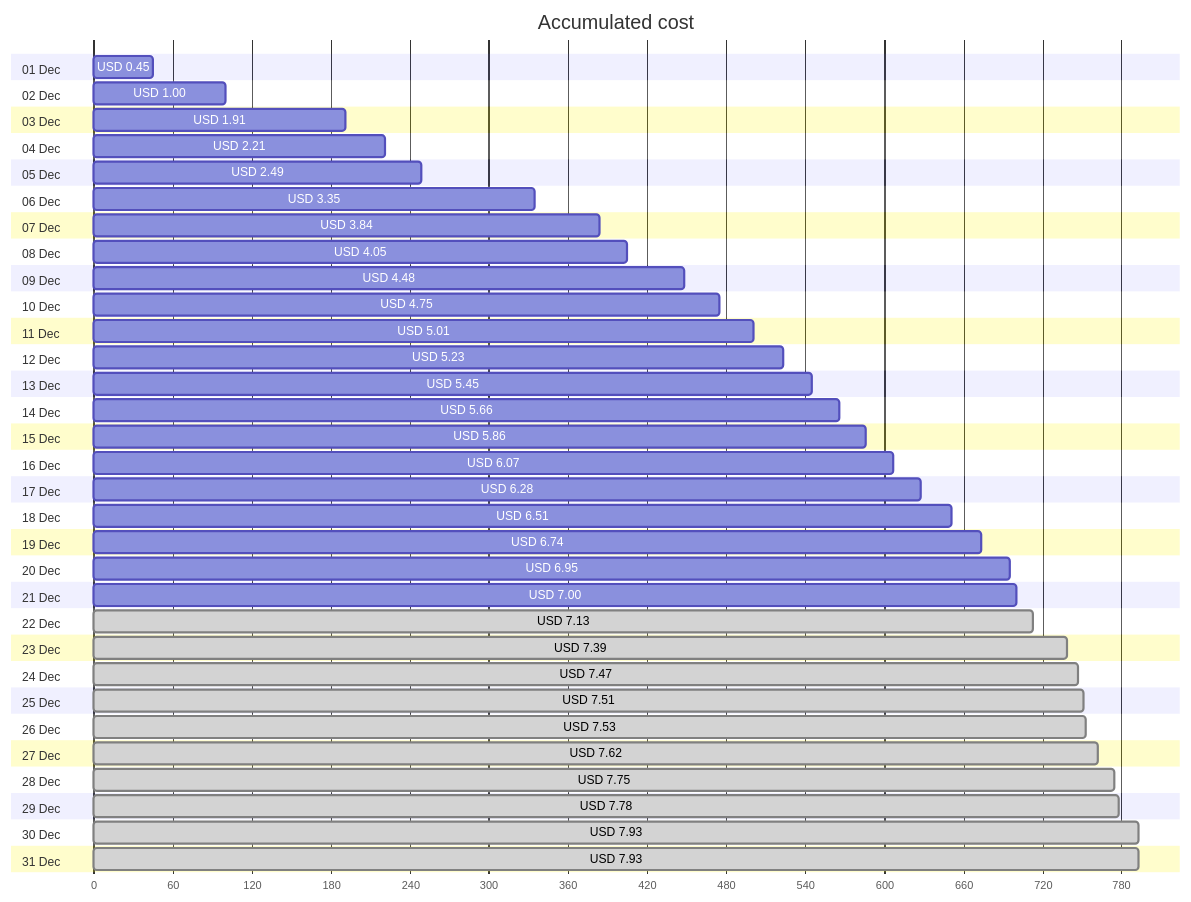
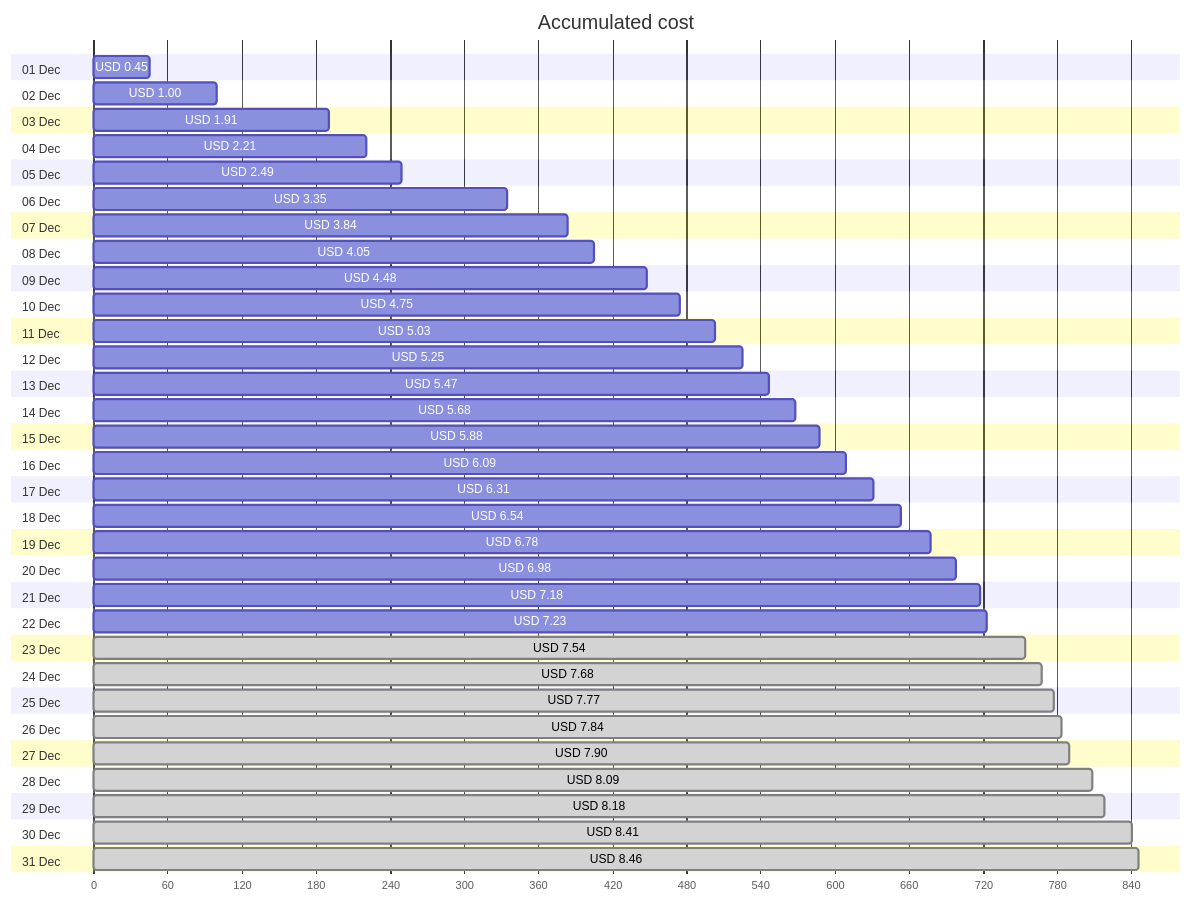
The first of 4 diagrams in cost-reports/personal-network/vpn-server.md (jpfulton/azure-personal-reports), drawn with Mermaid before and after one commit. The commit also changed other lines of this file and 8 other files, not shown here.

````diff
--- a/cost-reports/personal-network/vpn-server.md
+++ b/cost-reports/personal-network/vpn-server.md
@@ -20,68 +20,68 @@
 ```mermaid
 gantt
    title Accumulated cost
    dateFormat  X
    axisFormat %s
    section 01 Dec
    USD 0.45 :0, 45
    section 02 Dec
    USD 1.00 :0, 100
    section 03 Dec
    USD 1.91 :0, 191
    section 04 Dec
    USD 2.21 :0, 221
    section 05 Dec
    USD 2.49 :0, 249
    section 06 Dec
    USD 3.35 :0, 335
    section 07 Dec
    USD 3.84 :0, 384
    section 08 Dec
    USD 4.05 :0, 405
    section 09 Dec
    USD 4.48 :0, 448
    section 10 Dec
    USD 4.75 :0, 475
    section 11 Dec
-   USD 5.01 :0, 501
+   USD 5.03 :0, 503
    section 12 Dec
-   USD 5.23 :0, 523
+   USD 5.25 :0, 525
    section 13 Dec
-   USD 5.45 :0, 545
+   USD 5.47 :0, 547
    section 14 Dec
-   USD 5.66 :0, 566
+   USD 5.68 :0, 568
    section 15 Dec
-   USD 5.86 :0, 586
+   USD 5.88 :0, 588
    section 16 Dec
-   USD 6.07 :0, 607
+   USD 6.09 :0, 609
    section 17 Dec
-   USD 6.28 :0, 628
+   USD 6.31 :0, 631
    section 18 Dec
-   USD 6.51 :0, 651
+   USD 6.54 :0, 654
    section 19 Dec
-   USD 6.74 :0, 674
+   USD 6.78 :0, 678
    section 20 Dec
-   USD 6.95 :0, 695
+   USD 6.98 :0, 698
    section 21 Dec
-   USD 7.00 :0, 700
+   USD 7.18 :0, 718
    section 22 Dec
-   USD 7.13 : done, 0, 713
+   USD 7.23 :0, 723
    section 23 Dec
-   USD 7.39 : done, 0, 739
+   USD 7.54 : done, 0, 754
    section 24 Dec
-   USD 7.47 : done, 0, 747
+   USD 7.68 : done, 0, 768
    section 25 Dec
-   USD 7.51 : done, 0, 751
+   USD 7.77 : done, 0, 777
    section 26 Dec
-   USD 7.53 : done, 0, 753
+   USD 7.84 : done, 0, 784
    section 27 Dec
-   USD 7.62 : done, 0, 762
+   USD 7.90 : done, 0, 790
    section 28 Dec
-   USD 7.75 : done, 0, 775
+   USD 8.09 : done, 0, 809
    section 29 Dec
-   USD 7.78 : done, 0, 778
+   USD 8.18 : done, 0, 818
    section 30 Dec
-   USD 7.93 : done, 0, 793
+   USD 8.41 : done, 0, 841
    section 31 Dec
-   USD 7.93 : done, 0, 793
+   USD 8.46 : done, 0, 846
 ```
````
